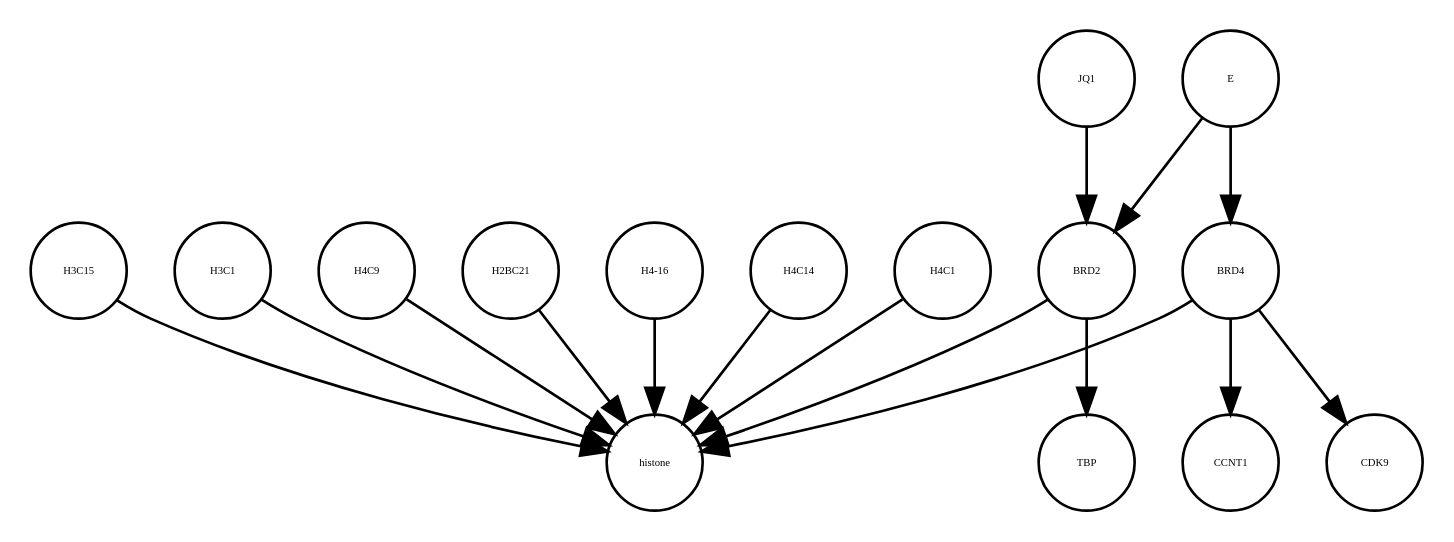
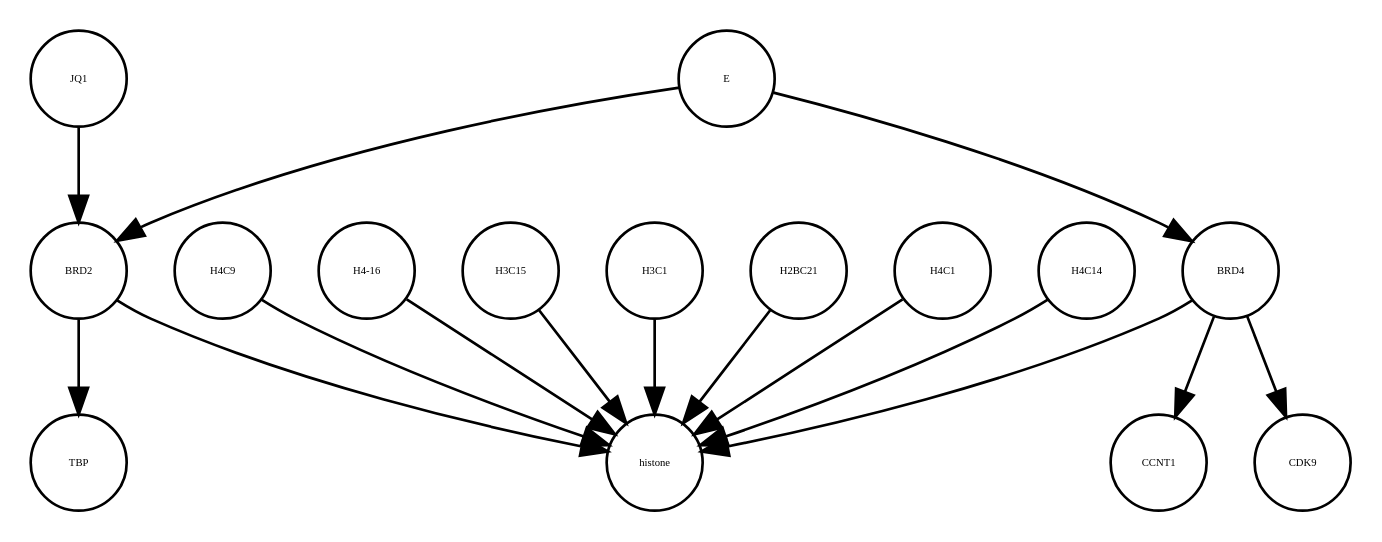
One commit to cannin/covid19-sbgn changed the diagram in E_SARS_CoV_2_22_05_2020.xml_projected.dot. Above: the diagram before and after it, drawn with Graphviz. The commit also changed other lines of this file and 637 other files, not shown here.

```diff
--- a/E_SARS_CoV_2_22_05_2020.xml_projected.dot
+++ b/E_SARS_CoV_2_22_05_2020.xml_projected.dot
@@ -1,32 +1,32 @@
 strict digraph  {
+H4C9 [annotation="", bipartite=0, cls=macromolecule, fontsize=4, label=H4C9, shape=circle];
+histone [annotation="", bipartite=0, cls=complex, fontsize=4, label=histone, shape=circle];
+"H4-16" [annotation="", bipartite=0, cls=macromolecule, fontsize=4, label="H4-16", shape=circle];
+BRD2 [annotation="", bipartite=0, cls=macromolecule, fontsize=4, label=BRD2, shape=circle];
+CCNT1 [annotation="", bipartite=0, cls=macromolecule, fontsize=4, label=CCNT1, shape=circle];
+H3C15 [annotation="", bipartite=0, cls=macromolecule, fontsize=4, label=H3C15, shape=circle];
 H3C1 [annotation="", bipartite=0, cls=macromolecule, fontsize=4, label=H3C1, shape=circle];
+H2BC21 [annotation="", bipartite=0, cls=macromolecule, fontsize=4, label=H2BC21, shape=circle];
+H4C1 [annotation="", bipartite=0, cls=macromolecule, fontsize=4, label=H4C1, shape=circle];
+BRD4 [annotation="", bipartite=0, cls=macromolecule, fontsize=4, label=BRD4, shape=circle];
+E [annotation=urn_miriam_ncbiprotein_BCD58755, bipartite=0, cls=macromolecule, fontsize=4, label=E, shape=circle];
+CDK9 [annotation="", bipartite=0, cls=macromolecule, fontsize=4, label=CDK9, shape=circle];
+H4C14 [annotation="", bipartite=0, cls=macromolecule, fontsize=4, label=H4C14, shape=circle];
+TBP [annotation="", bipartite=0, cls=macromolecule, fontsize=4, label=TBP, shape=circle];
 JQ1 [annotation="", bipartite=0, cls=macromolecule, fontsize=4, label=JQ1, shape=circle];
-TBP [annotation="", bipartite=0, cls=macromolecule, fontsize=4, label=TBP, shape=circle];
-H4C9 [annotation="", bipartite=0, cls=macromolecule, fontsize=4, label=H4C9, shape=circle];
-H2BC21 [annotation="", bipartite=0, cls=macromolecule, fontsize=4, label=H2BC21, shape=circle];
-"H4-16" [annotation="", bipartite=0, cls=macromolecule, fontsize=4, label="H4-16", shape=circle];
-H4C14 [annotation="", bipartite=0, cls=macromolecule, fontsize=4, label=H4C14, shape=circle];
-BRD2 [annotation="", bipartite=0, cls=macromolecule, fontsize=4, label=BRD2, shape=circle];
-H4C1 [annotation="", bipartite=0, cls=macromolecule, fontsize=4, label=H4C1, shape=circle];
-H3C15 [annotation="", bipartite=0, cls=macromolecule, fontsize=4, label=H3C15, shape=circle];
-CCNT1 [annotation="", bipartite=0, cls=macromolecule, fontsize=4, label=CCNT1, shape=circle];
-histone [annotation="", bipartite=0, cls=complex, fontsize=4, label=histone, shape=circle];
-BRD4 [annotation="", bipartite=0, cls=macromolecule, fontsize=4, label=BRD4, shape=circle];
-CDK9 [annotation="", bipartite=0, cls=macromolecule, fontsize=4, label=CDK9, shape=circle];
-E [annotation=urn_miriam_ncbiprotein_BCD58755, bipartite=0, cls=macromolecule, fontsize=4, label=E, shape=circle];
+H4C9 -> histone  [annotation="", interaction_type=production];
+"H4-16" -> histone  [annotation="", interaction_type=production];
+BRD2 -> TBP  [annotation="urn_miriam_doi_10.1007%2Fs11010-006-9223-6", interaction_type=catalysis];
+BRD2 -> histone  [annotation="urn_miriam_doi_10.1038%2Fnsmb.3228.|urn_miriam_doi_10.1016%2Fj.molcel.2008.01.018", interaction_type=catalysis];
+H3C15 -> histone  [annotation="", interaction_type=production];
 H3C1 -> histone  [annotation="", interaction_type=production];
-JQ1 -> BRD2  [annotation="urn_miriam_doi_10.1038%2Fs41586-020-2286-9|urn_miriam_doi_10.1080%2F15592294.2018.1469891", interaction_type=inhibition];
-H4C9 -> histone  [annotation="", interaction_type=production];
 H2BC21 -> histone  [annotation="", interaction_type=production];
-"H4-16" -> histone  [annotation="", interaction_type=production];
-H4C14 -> histone  [annotation="", interaction_type=production];
-BRD2 -> histone  [annotation="urn_miriam_doi_10.1038%2Fnsmb.3228.|urn_miriam_doi_10.1016%2Fj.molcel.2008.01.018", interaction_type=catalysis];
-BRD2 -> TBP  [annotation="urn_miriam_doi_10.1007%2Fs11010-006-9223-6", interaction_type=catalysis];
 H4C1 -> histone  [annotation="", interaction_type=production];
-H3C15 -> histone  [annotation="", interaction_type=production];
+BRD4 -> CDK9  [annotation=urn_miriam_taxonomy_10090, interaction_type=catalysis];
+BRD4 -> CCNT1  [annotation="", interaction_type=catalysis];
 BRD4 -> histone  [annotation="urn_miriam_doi_10.1038%2Fnsmb.3228.|urn_miriam_doi_10.1016%2Fj.molcel.2008.01.018", interaction_type=catalysis];
-BRD4 -> CCNT1  [annotation="", interaction_type=catalysis];
-BRD4 -> CDK9  [annotation=urn_miriam_taxonomy_10090, interaction_type=catalysis];
 E -> BRD4  [annotation="urn_miriam_doi_10.1038%2Fs41586-020-2286-9", interaction_type=inhibition];
 E -> BRD2  [annotation="urn_miriam_doi_10.1038%2Fs41586-020-2286-9|urn_miriam_doi_10.1080%2F15592294.2018.1469891", interaction_type=inhibition];
+H4C14 -> histone  [annotation="", interaction_type=production];
+JQ1 -> BRD2  [annotation="urn_miriam_doi_10.1038%2Fs41586-020-2286-9|urn_miriam_doi_10.1080%2F15592294.2018.1469891", interaction_type=inhibition];
 }
```
